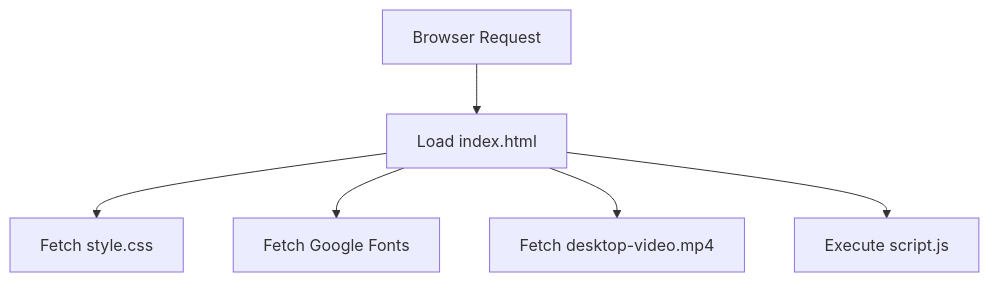
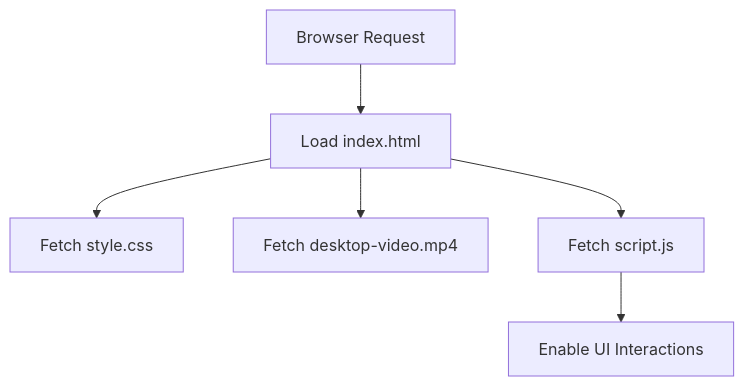
Before and after one commit to test-company-prowiz/Note-Summerizer: the diagram in docs/index.html.md, drawn with Mermaid. The commit also changed other lines of this file, not shown here.

````diff
--- a/docs/index.html.md
+++ b/docs/index.html.md
@@ -45,8 +54,8 @@
 ```mermaid
 graph TD
 A[Browser Request] --> B[Load index.html]
 B --> C[Fetch style.css]
-B --> D[Fetch Google Fonts]
-B --> E[Fetch desktop-video.mp4]
-B --> F[Execute script.js]
+B --> D[Fetch desktop-video.mp4]
+B --> E[Fetch script.js]
+E --> F[Enable UI Interactions]
 ```
````
